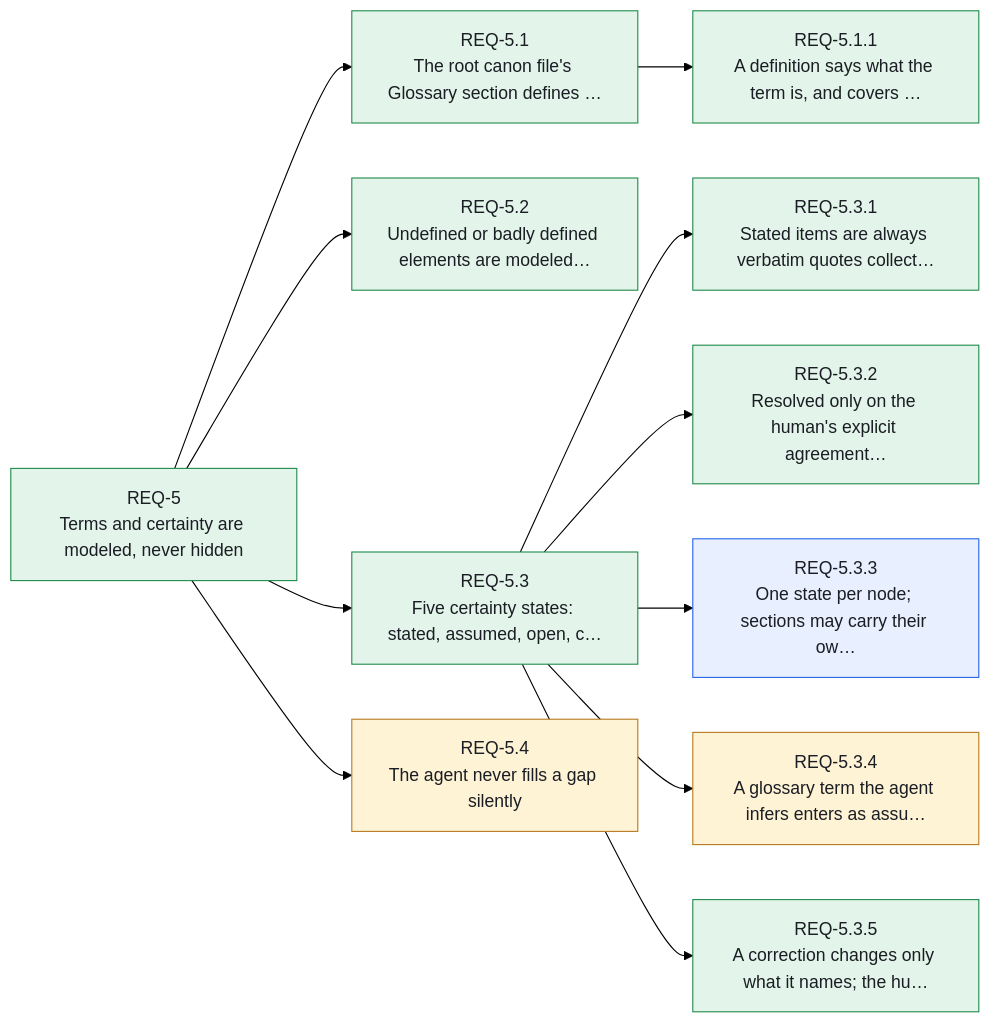
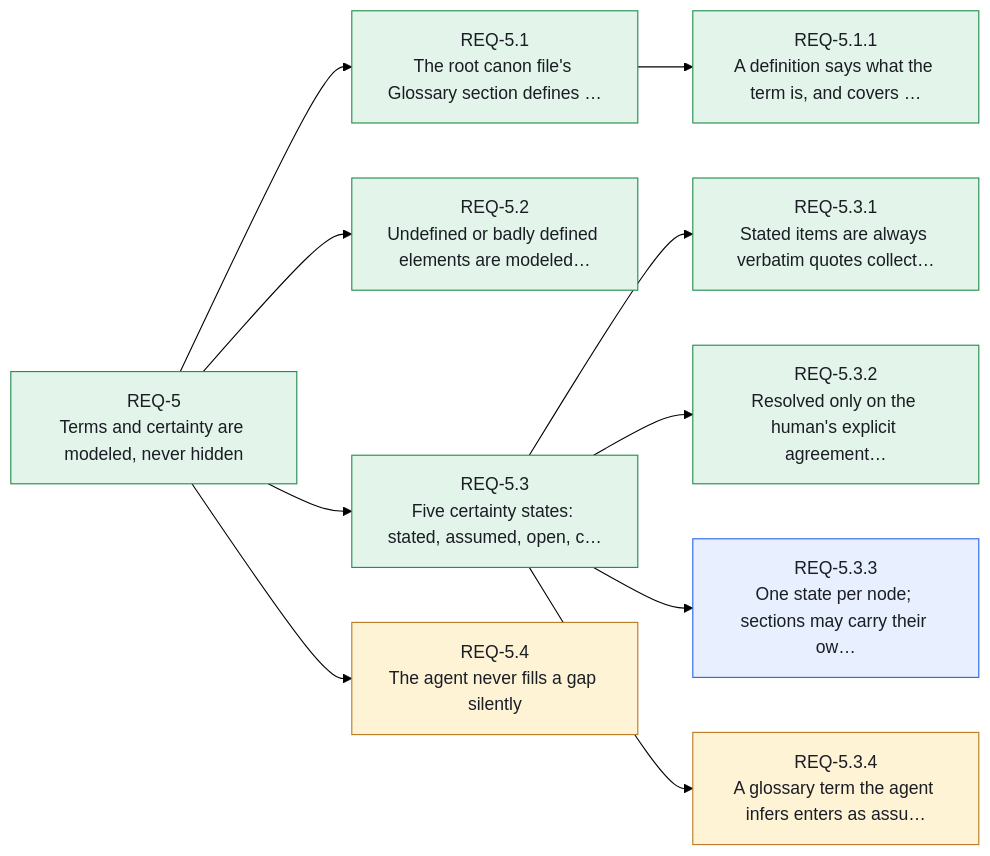
The sixth of 14 diagrams in canon/INDEX.md (Althis/headcanon), drawn with Mermaid (forest theme) before and after one commit. The commit also changed other lines of this file and 8 other files, not shown here.

````diff
--- a/canon/INDEX.md
+++ b/canon/INDEX.md
@@ -311,29 +315,27 @@
 ```mermaid
 flowchart LR
     REQ_5["REQ-5<br/>Terms and certainty are modeled, never hidden"]:::stated
     REQ_5_1["REQ-5.1<br/>The root canon file's Glossary section defines …"]:::stated
     REQ_5_1_1["REQ-5.1.1<br/>A definition says what the term is, and covers …"]:::stated
     REQ_5_2["REQ-5.2<br/>Undefined or badly defined elements are modeled…"]:::stated
     REQ_5_3["REQ-5.3<br/>Five certainty states: stated, assumed, open, c…"]:::stated
     REQ_5_3_1["REQ-5.3.1<br/>Stated items are always verbatim quotes collect…"]:::stated
     REQ_5_3_2["REQ-5.3.2<br/>Resolved only on the human's explicit agreement…"]:::stated
     REQ_5_3_3["REQ-5.3.3<br/>One state per node; sections may carry their ow…"]:::resolved
     REQ_5_3_4["REQ-5.3.4<br/>A glossary term the agent infers enters as assu…"]:::assumed
-    REQ_5_3_5["REQ-5.3.5<br/>A correction changes only what it names; the hu…"]:::stated
     REQ_5_4["REQ-5.4<br/>The agent never fills a gap silently"]:::assumed
     REQ_5 --> REQ_5_1
     REQ_5_1 --> REQ_5_1_1
     REQ_5 --> REQ_5_2
     REQ_5 --> REQ_5_3
     REQ_5_3 --> REQ_5_3_1
     REQ_5_3 --> REQ_5_3_2
     REQ_5_3 --> REQ_5_3_3
     REQ_5_3 --> REQ_5_3_4
-    REQ_5_3 --> REQ_5_3_5
     REQ_5 --> REQ_5_4
     classDef stated fill:#e3f5ea,stroke:#1f8a4c,color:#1a1d23
     classDef resolved fill:#e8efff,stroke:#2563eb,color:#1a1d23
     classDef assumed fill:#fff3d6,stroke:#b7791f,color:#1a1d23
     classDef open fill:#ece9fb,stroke:#6b5bd2,color:#1a1d23
     classDef contested fill:#fde7e8,stroke:#d13438,color:#1a1d23
 ```
````
